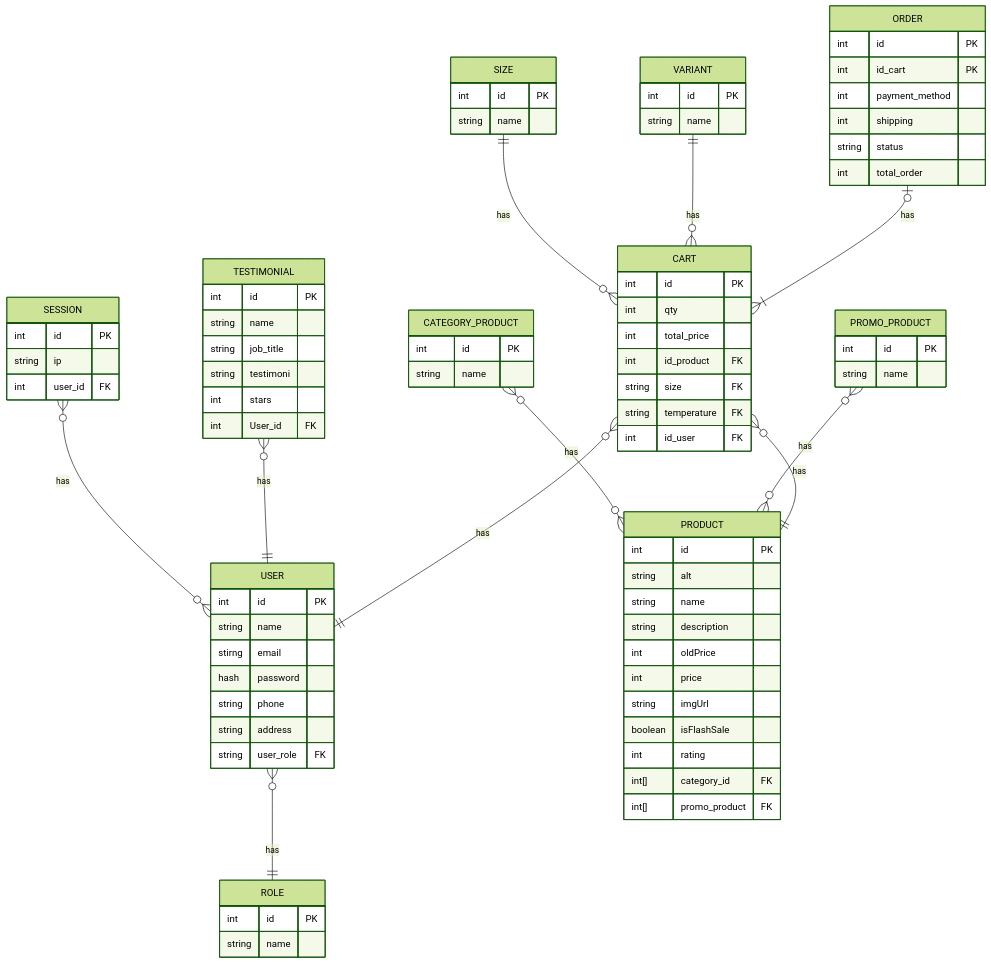
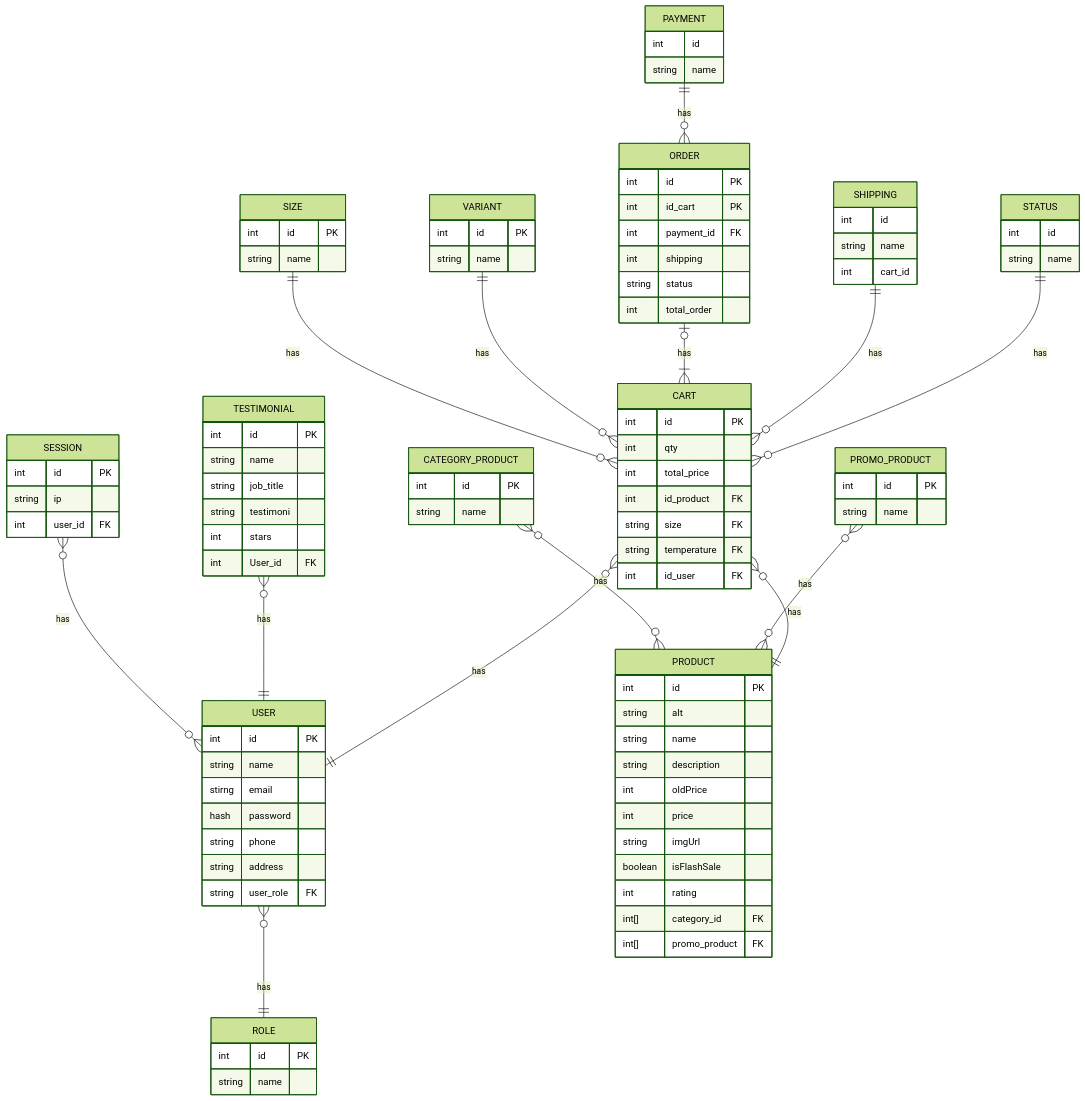
One commit to Arif14377/koda-b6-db changed the diagram in README.md. Above: the diagram before and after it, drawn with Mermaid (forest theme).

Commit message:
feat: add payment, shipping and status table

````diff
--- a/README.md
+++ b/README.md
@@ -88,10 +88,29 @@
     ORDER {
         int id PK
         int id_cart PK
-        int payment_method
+        int payment_id FK
         int shipping
         string status
         int total_order
     }
 
+    PAYMENT ||--o{ ORDER : has
+    PAYMENT {
+        int id
+        string name
+    }
+
+    SHIPPING ||--o{ CART : has
+    SHIPPING {
+        int id
+        string name
+        int cart_id
+    }
+
+    STATUS ||--o{ CART : has
+    STATUS {
+        int id
+        string name
+    }
+
 ```
````
